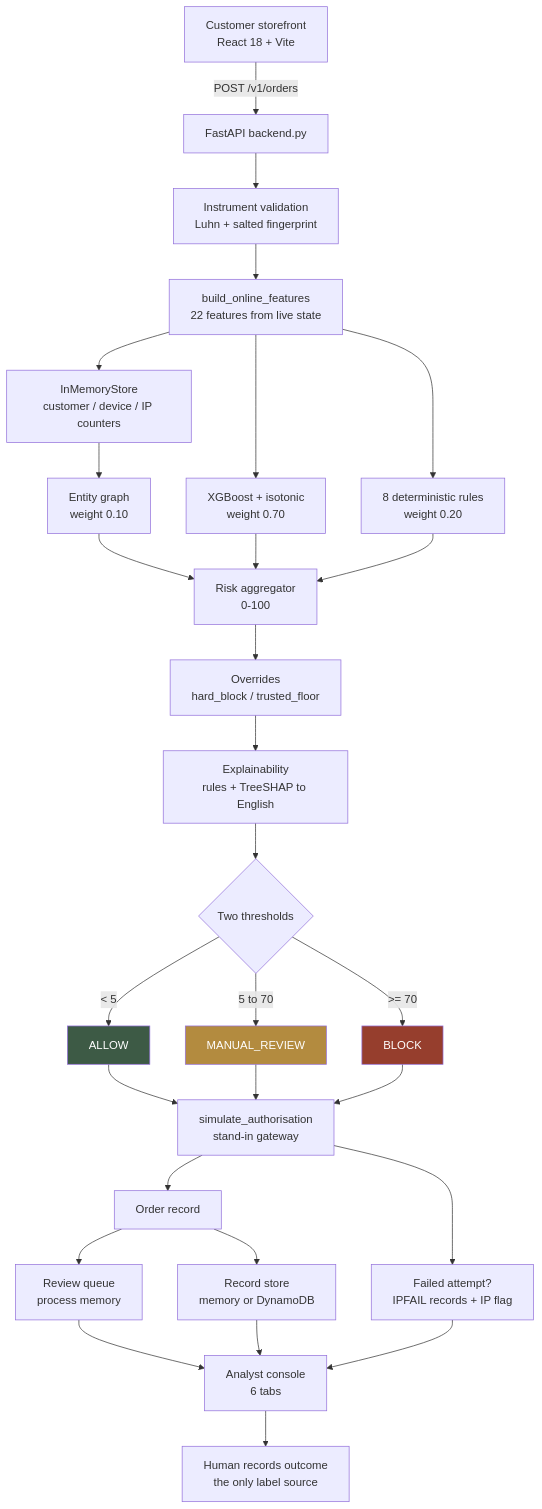
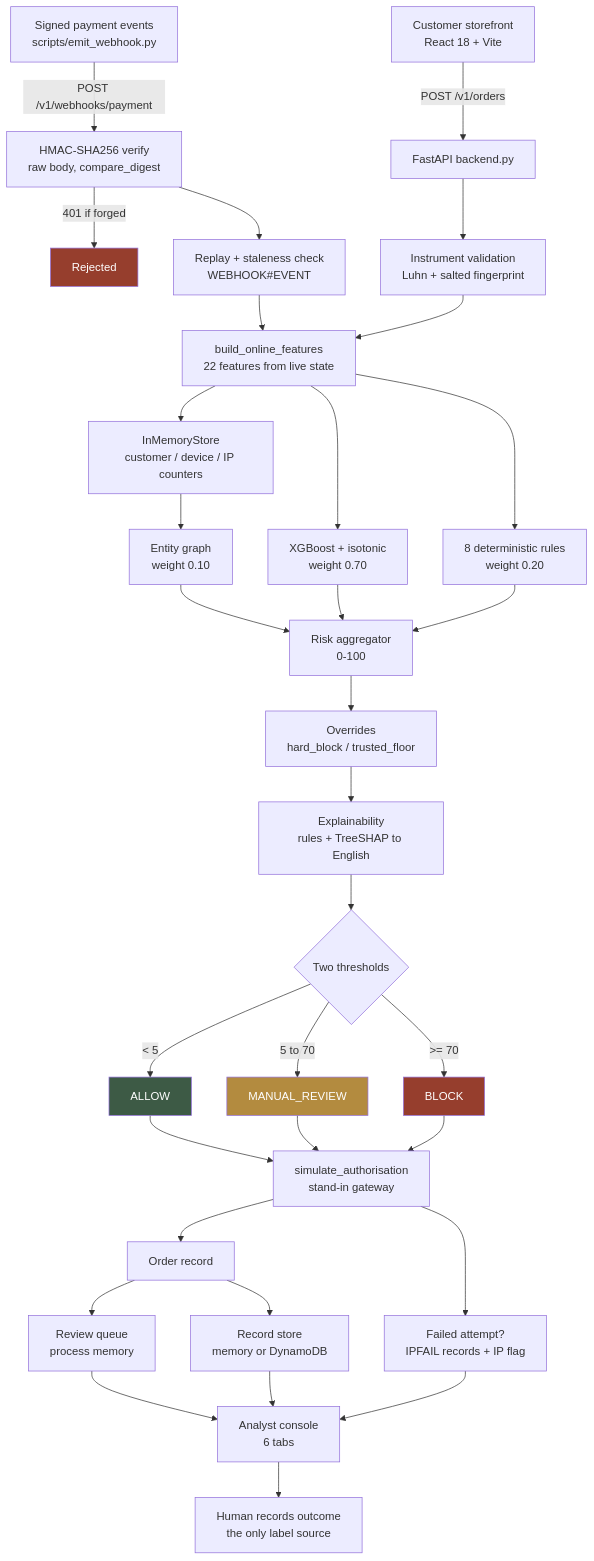
One commit to Cyberexe1/Risk_Analyzer changed the first of 2 diagrams in README.md. Above: the diagram before and after it, drawn with Mermaid. The commit also changed other lines of this file and 6 other files, not shown here.

````diff
--- a/README.md
+++ b/README.md
@@ -104,41 +106,47 @@
 ```mermaid
 flowchart TD
+    W["Signed payment events<br/>scripts/emit_webhook.py"] -->|"POST /v1/webhooks/payment"| WV["HMAC-SHA256 verify<br/>raw body, compare_digest"]
+    WV -->|"401 if forged"| WX["Rejected"]
+    WV --> WI["Replay + staleness check<br/>WEBHOOK#EVENT"]
+    WI --> D
+
     A["Customer storefront<br/>React 18 + Vite"] -->|"POST /v1/orders"| B["FastAPI backend.py"]
     B --> C["Instrument validation<br/>Luhn + salted fingerprint"]
     C --> D["build_online_features<br/>22 features from live state"]
     D --> E["InMemoryStore<br/>customer / device / IP counters"]
 
     D --> F["XGBoost + isotonic<br/>weight 0.70"]
     D --> G["8 deterministic rules<br/>weight 0.20"]
     E --> H["Entity graph<br/>weight 0.10"]
 
     F --> I["Risk aggregator<br/>0-100"]
     G --> I
     H --> I
 
     I --> J["Overrides<br/>hard_block / trusted_floor"]
     J --> K["Explainability<br/>rules + TreeSHAP to English"]
     K --> L{"Two thresholds"}
 
     L -->|"< 5"| M["ALLOW"]
     L -->|"5 to 70"| N["MANUAL_REVIEW"]
     L -->|">= 70"| O["BLOCK"]
 
     M --> P["simulate_authorisation<br/>stand-in gateway"]
     N --> P
     O --> P
 
     P --> Q["Order record"]
     P --> R["Failed attempt?<br/>IPFAIL records + IP flag"]
     Q --> S["Review queue<br/>process memory"]
     Q --> T["Record store<br/>memory or DynamoDB"]
 
     S --> U["Analyst console<br/>6 tabs"]
     R --> U
     T --> U
     U --> V["Human records outcome<br/>the only label source"]
 
     style O fill:#963e2d,color:#fff
     style N fill:#b38b3f,color:#fff
     style M fill:#3d5a45,color:#fff
+    style WX fill:#963e2d,color:#fff
 ```
````
